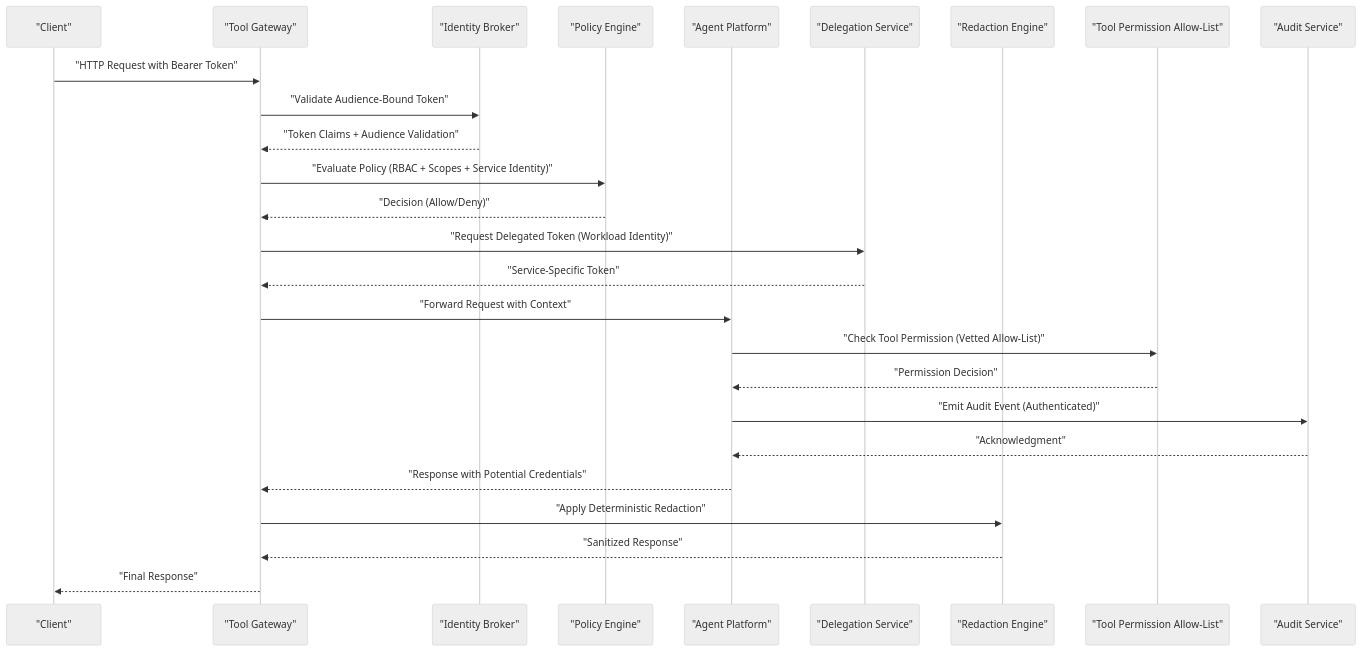
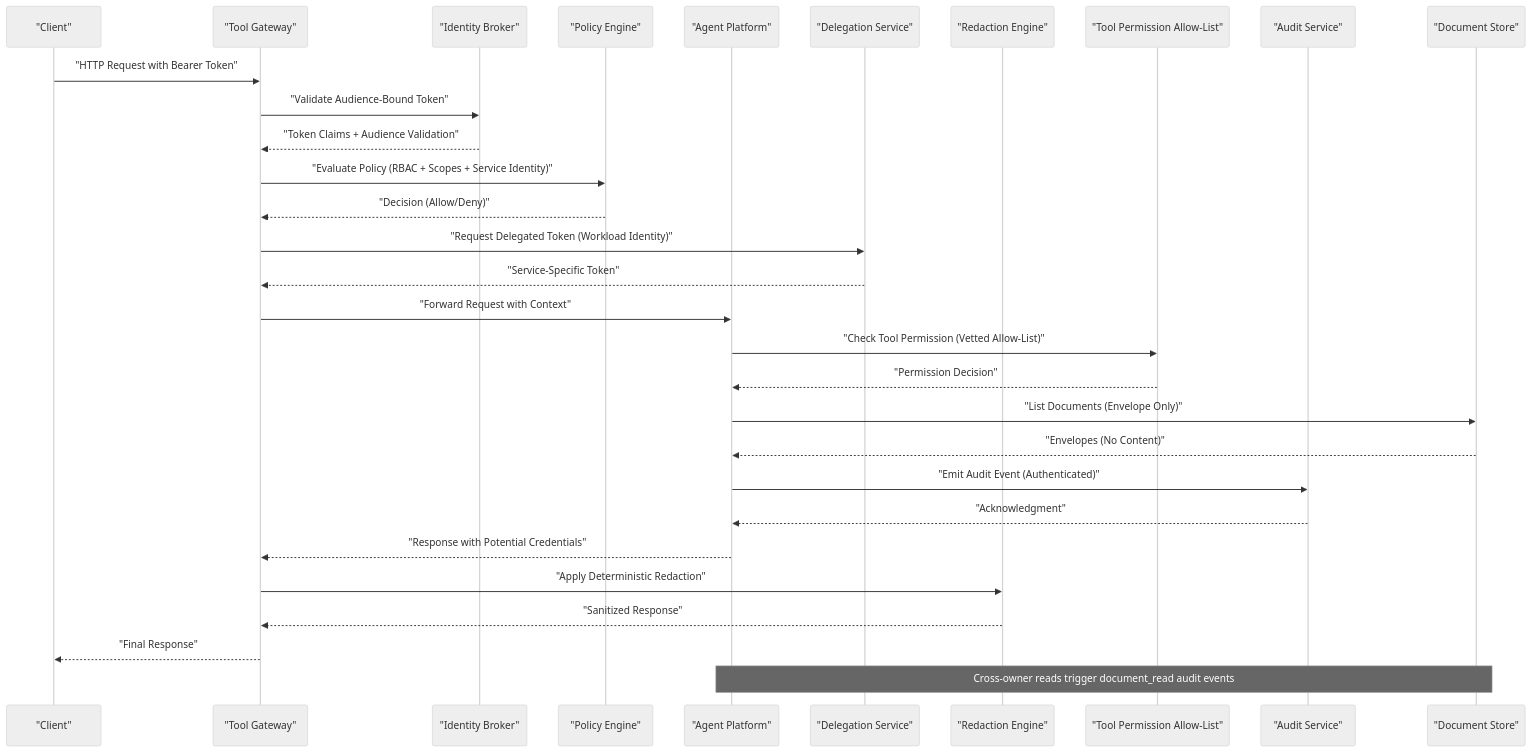
Before and after one commit to metasync/luban-aiops: the second of 10 diagrams in .qoder/repowiki/en/content/Security Guide/Security Guide.md, drawn with Mermaid (neutral theme). The commit also changed other lines of this file and 92 other files, not shown here.

````diff
--- a/.qoder/repowiki/en/content/Security Guide/Security Guide.md
+++ b/.qoder/repowiki/en/content/Security Guide/Security Guide.md
@@ -137,28 +141,32 @@
 ```mermaid
 sequenceDiagram
 participant Client as "Client"
 participant Gateway as "Tool Gateway"
 participant Broker as "Identity Broker"
 participant Policy as "Policy Engine"
 participant Agent as "Agent Platform"
 participant Delegation as "Delegation Service"
 participant Redaction as "Redaction Engine"
 participant AllowList as "Tool Permission Allow-List"
 participant AuditService as "Audit Service"
+participant DocStore as "Document Store"
 Client->>Gateway : "HTTP Request with Bearer Token"
 Gateway->>Broker : "Validate Audience-Bound Token"
 Broker-->>Gateway : "Token Claims + Audience Validation"
 Gateway->>Policy : "Evaluate Policy (RBAC + Scopes + Service Identity)"
 Policy-->>Gateway : "Decision (Allow/Deny)"
 Gateway->>Delegation : "Request Delegated Token (Workload Identity)"
 Delegation-->>Gateway : "Service-Specific Token"
 Gateway->>Agent : "Forward Request with Context"
 Agent->>AllowList : "Check Tool Permission (Vetted Allow-List)"
 AllowList-->>Agent : "Permission Decision"
+Agent->>DocStore : "List Documents (Envelope Only)"
+DocStore-->>Agent : "Envelopes (No Content)"
 Agent->>AuditService : "Emit Audit Event (Authenticated)"
 AuditService-->>Agent : "Acknowledgment"
 Agent-->>Gateway : "Response with Potential Credentials"
 Gateway->>Redaction : "Apply Deterministic Redaction"
 Redaction-->>Gateway : "Sanitized Response"
 Gateway-->>Client : "Final Response"
+Note over Agent,DocStore : Cross-owner reads trigger document_read audit events
 ```
````
